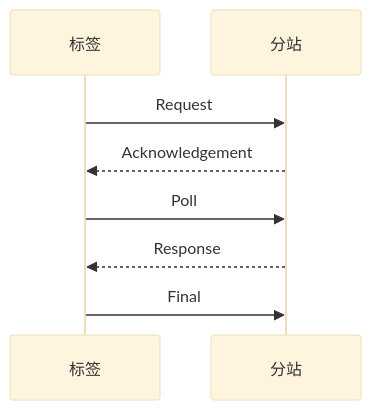
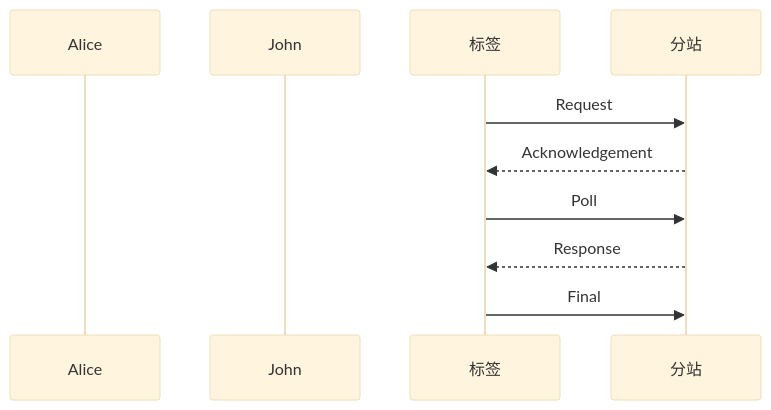
One commit to geek-zhao/iodraw-files changed the diagram in all/未命名.md. Above: the diagram before and after it, drawn with Mermaid (base theme).

Commit message:
2024-08-17 14:00:49 update

````diff
--- a/all/未命名.md
+++ b/all/未命名.md
@@ -1,10 +1,11 @@
 ```mermaid
 sequenceDiagram
-    
+    participant A as Alice
+    participant J as John
     标签->>分站: Request
     分站-->>标签: Acknowledgement
     标签->>分站: Poll
     分站-->>标签: Response
     标签->>分站: Final       
 
 ```
````
